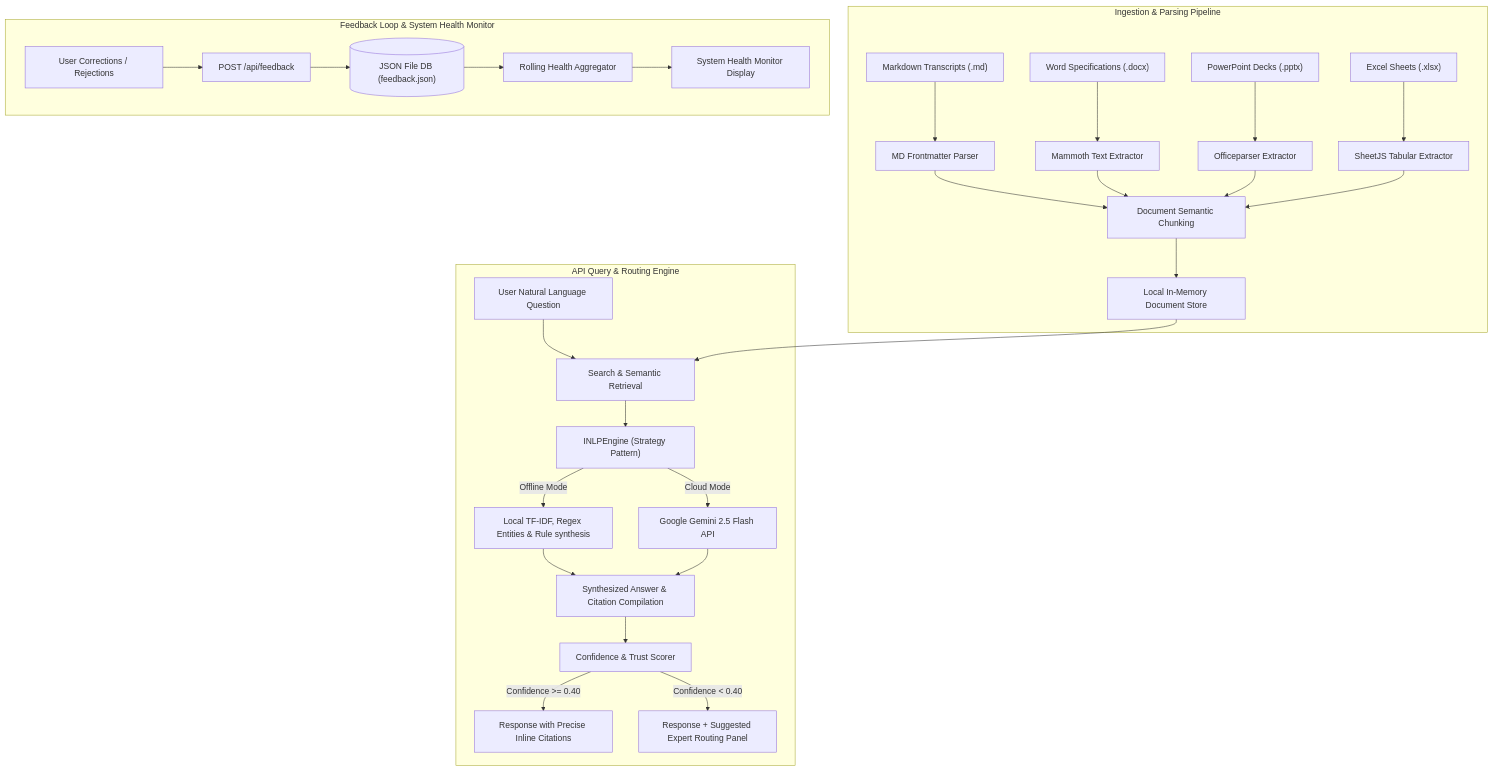
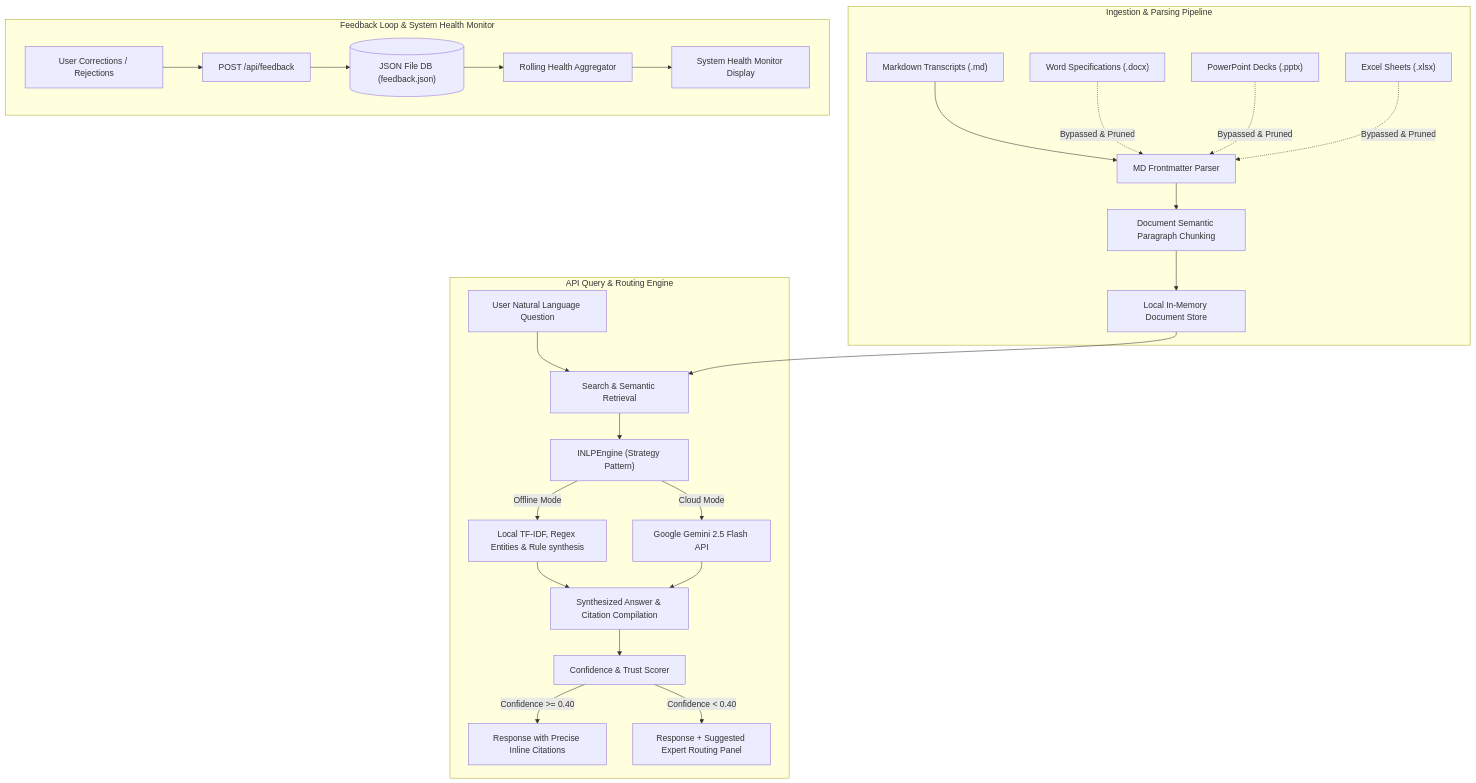
One commit to ksvarre/AetherGrid-Technologies changed the first of 3 diagrams in docs/ARCHITECTURE.md. Above: the diagram before and after it, drawn with Mermaid. The commit also changed other lines of this file and 14 other files, not shown here.

````diff
--- a/docs/ARCHITECTURE.md
+++ b/docs/ARCHITECTURE.md
@@ -10,39 +10,39 @@
 ```mermaid
 graph TD
     %% Ingestion Pipeline
     subgraph Ingestion ["Ingestion & Parsing Pipeline"]
         MD_Files["Markdown Transcripts (.md)"] --> MD_P["MD Frontmatter Parser"]
-        DOCX_Files["Word Specifications (.docx)"] --> DOCX_P["Mammoth Text Extractor"]
-        PPTX_Files["PowerPoint Decks (.pptx)"] --> PPTX_P["Officeparser Extractor"]
-        XLSX_Files["Excel Sheets (.xlsx)"] --> XLSX_P["SheetJS Tabular Extractor"]
+        DOCX_Files["Word Specifications (.docx)"] -.->|Bypassed & Pruned| MD_P
+        PPTX_Files["PowerPoint Decks (.pptx)"] -.->|Bypassed & Pruned| MD_P
+        XLSX_Files["Excel Sheets (.xlsx)"] -.->|Bypassed & Pruned| MD_P
         
-        MD_P & DOCX_P & PPTX_P & XLSX_P --> Chunking["Document Semantic Chunking"]
+        MD_P --> Chunking["Document Semantic Paragraph Chunking"]
         Chunking --> DocIndex["Local In-Memory Document Store"]
     end
 
     %% Search and Retrieval
     subgraph SearchAPI ["API Query & Routing Engine"]
         UserQuery["User Natural Language Question"] --> QueryParser["Search & Semantic Retrieval"]
         DocIndex --> QueryParser
         
         QueryParser --> NLPEngine["INLPEngine (Strategy Pattern)"]
         
         NLPEngine -->|Offline Mode| LocalNLP["Local TF-IDF, Regex Entities & Rule synthesis"]
         NLPEngine -->|Cloud Mode| GeminiNLP["Google Gemini 2.5 Flash API"]
         
         LocalNLP & GeminiNLP --> ResGen["Synthesized Answer & Citation Compilation"]
         ResGen --> Scorer["Confidence & Trust Scorer"]
         
         Scorer -->|Confidence >= 0.40| HighConf["Response with Precise Inline Citations"]
         Scorer -->|Confidence < 0.40| LowConf["Response + Suggested Expert Routing Panel"]
     end
 
     %% Self Healing
     subgraph SelfHealing ["Feedback Loop & System Health Monitor"]
         UIFeedback["User Corrections / Rejections"] --> FeedbackAPI["POST /api/feedback"]
         FeedbackAPI --> LocalJSONDB[("JSON File DB (feedback.json)")]
         
         LocalJSONDB --> QualityMon["Rolling Health Aggregator"]
         QualityMon --> HealthDashboard["System Health Monitor Display"]
     end
 ```
````
